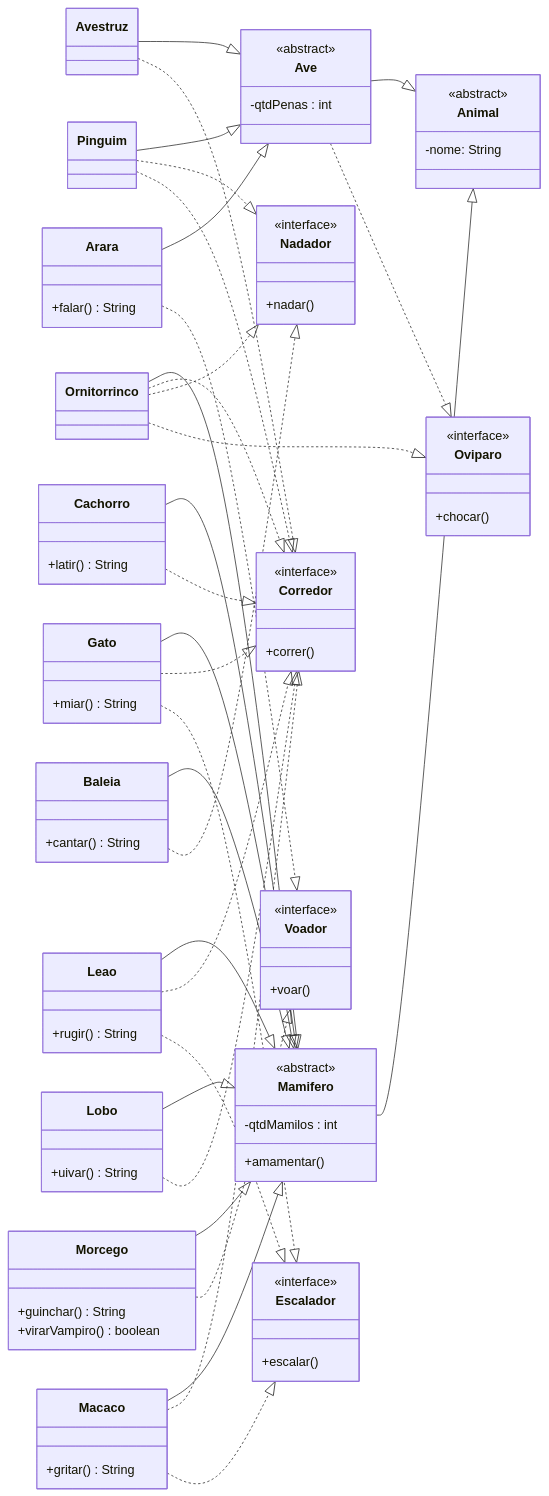
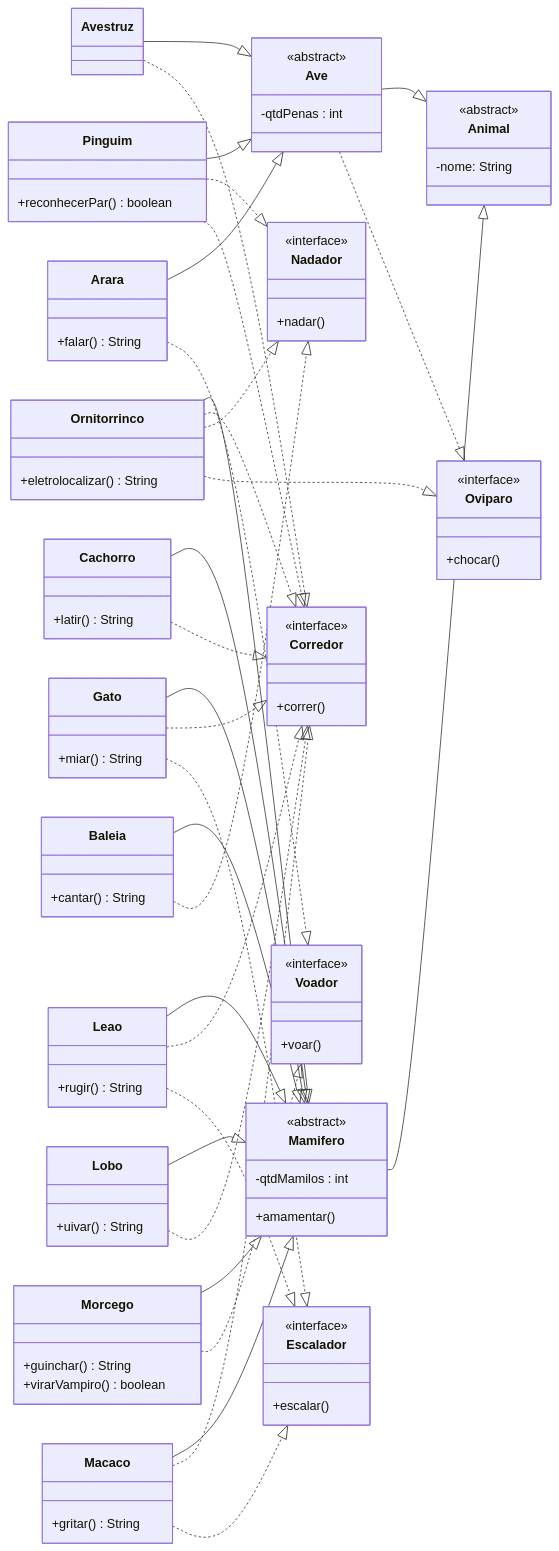
One commit to LuisEAbreu/poo changed the diagram in aulas/2026-10-29/exercicio1/README.md. Above: the diagram before and after it, drawn with Mermaid.

Commit message:
Modelando V2 da UML

```diff
--- a/aulas/2026-10-29/exercicio1/README.md
+++ b/aulas/2026-10-29/exercicio1/README.md
@@ -52,8 +52,12 @@
         +guinchar() String
         +virarVampiro() boolean
     }
-    class Pinguim
-    class Ornitorrinco
+    class Pinguim{
+        +reconhecerPar() boolean
+    }
+    class Ornitorrinco{ 
+        +eletrolocalizar() String
+    }
 
     class Oviparo{
         <<interface>>
```
